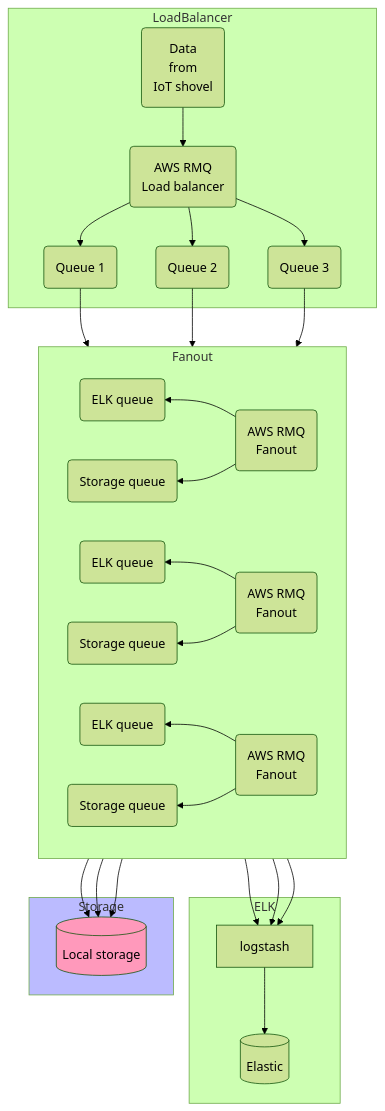
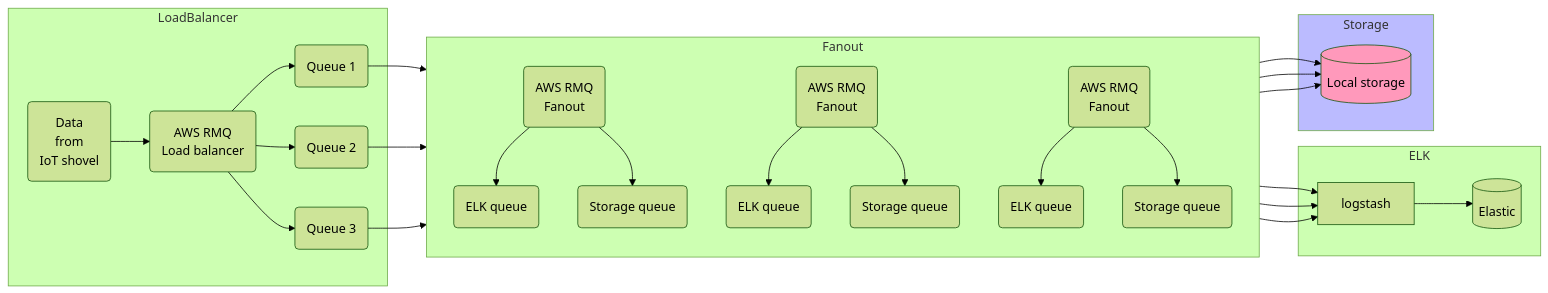
One commit to tomerten/devops-homework changed the third of 3 diagrams in task3/README.md. Above: the diagram before and after it, drawn with Mermaid (forest theme). The commit also changed other lines of this file, not shown here.

````diff
--- a/task3/README.md
+++ b/task3/README.md
@@ -138,38 +167,38 @@
 ```mermaid
-flowchart TD
+flowchart LR
 subgraph LoadBalancer
 DATA(Data <br> from <br> IoT shovel)-->RMQ1(AWS RMQ <br> Load balancer)
 RMQ1-->Queue01(Queue 1)
 RMQ1-->Queue02(Queue 2)
 RMQ1-->Queue03(Queue 3)
 end
 
 Queue01 --> RMQ2(AWS RMQ <br> Fanout)
 Queue02 --> RMQ3(AWS RMQ <br> Fanout)
 Queue03 --> RMQ4(AWS RMQ <br> Fanout)
 
 subgraph Fanout
-direction RL
+direction TB
 RMQ2-->Queue11(ELK queue)
 RMQ2-->Queue12(Storage queue)
 RMQ3-->Queue21(ELK queue)
 RMQ3-->Queue22(Storage queue)
 RMQ4-->Queue31(ELK queue)
 RMQ4-->Queue32(Storage queue)
 end
 
 subgraph ELK
 Queue11-->logstash
 Queue21-->logstash
 Queue31-->logstash
 logstash-->elastic[(Elastic)]
 end
 
 subgraph Storage
 Queue12-->storage[(Local storage)]
 Queue22-->storage
 Queue32-->storage
 end
 style Storage fill:#bbf
 style storage fill:#f9b
 ```
````
